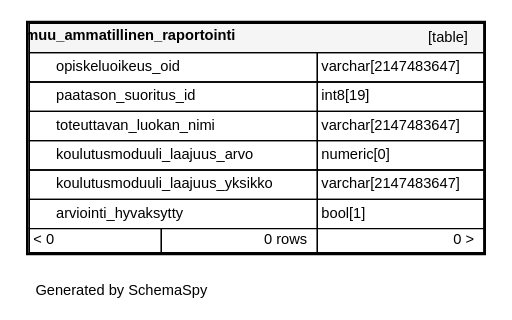
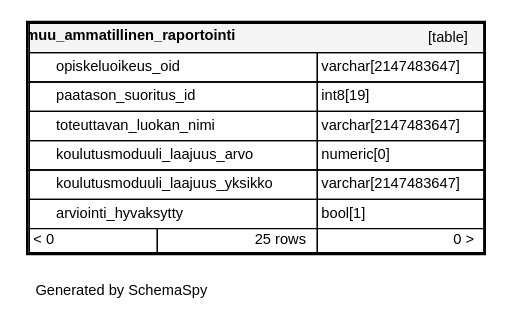
Before and after one commit to Opetushallitus/koski: the diagram in documentation/tietokantaskeemat/koski-raportointikanta/diagrams/tables/muu_ammatillinen_raportointi.1degree.dot, drawn with Graphviz. The commit also changed 168 other files, not shown here.

```diff
--- a/documentation/tietokantaskeemat/koski-raportointikanta/diagrams/tables/muu_ammatillinen_raportointi.1degree.dot
+++ b/documentation/tietokantaskeemat/koski-raportointikanta/diagrams/tables/muu_ammatillinen_raportointi.1degree.dot
@@ -1,19 +1,19 @@
 digraph "oneDegreeRelationshipsDiagram" {
   graph [    rankdir="RL"    bgcolor="#ffffff"    label="\nGenerated by SchemaSpy"    labeljust="l"    nodesep="0.18"    ranksep="0.46"    fontname="Helvetica"    fontsize="11"    ration="compress"  ];  node [    fontname="Helvetica"    fontsize="11"    shape="plaintext"  ];  edge [    arrowsize="0.8"  ];
   "muu_ammatillinen_raportointi" [
    label=<
     <TABLE BORDER="2" CELLBORDER="1" CELLSPACING="0" BGCOLOR="#ffffff">
       <TR><TD COLSPAN="4"  BGCOLOR="#f5f5f5"><TABLE BORDER="0" CELLSPACING="0"><TR><TD ALIGN="LEFT" FIXEDSIZE="TRUE" WIDTH="172" HEIGHT="16"><B>muu_ammatillinen_raportointi</B></TD><TD ALIGN="RIGHT">[table]</TD></TR></TABLE></TD></TR>
       <TR><TD PORT="opiskeluoikeus_oid" COLSPAN="2" ALIGN="LEFT"><TABLE BORDER="0" CELLSPACING="0" ALIGN="LEFT"><TR ALIGN="LEFT"><TD ALIGN="LEFT" FIXEDSIZE="TRUE" WIDTH="15" HEIGHT="16"></TD><TD ALIGN="LEFT" FIXEDSIZE="TRUE" WIDTH="195" HEIGHT="16">opiskeluoikeus_oid</TD></TR></TABLE></TD><TD PORT="opiskeluoikeus_oid.type" ALIGN="LEFT">varchar[2147483647]</TD></TR>
       <TR><TD PORT="paatason_suoritus_id" COLSPAN="2" ALIGN="LEFT"><TABLE BORDER="0" CELLSPACING="0" ALIGN="LEFT"><TR ALIGN="LEFT"><TD ALIGN="LEFT" FIXEDSIZE="TRUE" WIDTH="15" HEIGHT="16"></TD><TD ALIGN="LEFT" FIXEDSIZE="TRUE" WIDTH="195" HEIGHT="16">paatason_suoritus_id</TD></TR></TABLE></TD><TD PORT="paatason_suoritus_id.type" ALIGN="LEFT">int8[19]</TD></TR>
       <TR><TD PORT="toteuttavan_luokan_nimi" COLSPAN="2" ALIGN="LEFT"><TABLE BORDER="0" CELLSPACING="0" ALIGN="LEFT"><TR ALIGN="LEFT"><TD ALIGN="LEFT" FIXEDSIZE="TRUE" WIDTH="15" HEIGHT="16"></TD><TD ALIGN="LEFT" FIXEDSIZE="TRUE" WIDTH="195" HEIGHT="16">toteuttavan_luokan_nimi</TD></TR></TABLE></TD><TD PORT="toteuttavan_luokan_nimi.type" ALIGN="LEFT">varchar[2147483647]</TD></TR>
       <TR><TD PORT="koulutusmoduuli_laajuus_arvo" COLSPAN="2" ALIGN="LEFT"><TABLE BORDER="0" CELLSPACING="0" ALIGN="LEFT"><TR ALIGN="LEFT"><TD ALIGN="LEFT" FIXEDSIZE="TRUE" WIDTH="15" HEIGHT="16"></TD><TD ALIGN="LEFT" FIXEDSIZE="TRUE" WIDTH="195" HEIGHT="16">koulutusmoduuli_laajuus_arvo</TD></TR></TABLE></TD><TD PORT="koulutusmoduuli_laajuus_arvo.type" ALIGN="LEFT">numeric[0]</TD></TR>
       <TR><TD PORT="koulutusmoduuli_laajuus_yksikko" COLSPAN="2" ALIGN="LEFT"><TABLE BORDER="0" CELLSPACING="0" ALIGN="LEFT"><TR ALIGN="LEFT"><TD ALIGN="LEFT" FIXEDSIZE="TRUE" WIDTH="15" HEIGHT="16"></TD><TD ALIGN="LEFT" FIXEDSIZE="TRUE" WIDTH="195" HEIGHT="16">koulutusmoduuli_laajuus_yksikko</TD></TR></TABLE></TD><TD PORT="koulutusmoduuli_laajuus_yksikko.type" ALIGN="LEFT">varchar[2147483647]</TD></TR>
       <TR><TD PORT="arviointi_hyvaksytty" COLSPAN="2" ALIGN="LEFT"><TABLE BORDER="0" CELLSPACING="0" ALIGN="LEFT"><TR ALIGN="LEFT"><TD ALIGN="LEFT" FIXEDSIZE="TRUE" WIDTH="15" HEIGHT="16"></TD><TD ALIGN="LEFT" FIXEDSIZE="TRUE" WIDTH="195" HEIGHT="16">arviointi_hyvaksytty</TD></TR></TABLE></TD><TD PORT="arviointi_hyvaksytty.type" ALIGN="LEFT">bool[1]</TD></TR>
-      <TR><TD ALIGN="LEFT" BGCOLOR="#ffffff">&lt; 0</TD><TD ALIGN="RIGHT" BGCOLOR="#ffffff">0 rows</TD><TD ALIGN="RIGHT" BGCOLOR="#ffffff">0 &gt;</TD></TR>
+      <TR><TD ALIGN="LEFT" BGCOLOR="#ffffff">&lt; 0</TD><TD ALIGN="RIGHT" BGCOLOR="#ffffff">25 rows</TD><TD ALIGN="RIGHT" BGCOLOR="#ffffff">0 &gt;</TD></TR>
     </TABLE>>
     URL="../../tables/muu_ammatillinen_raportointi.html"
     target="_top"
     tooltip="muu_ammatillinen_raportointi"
   ];
 }
```
